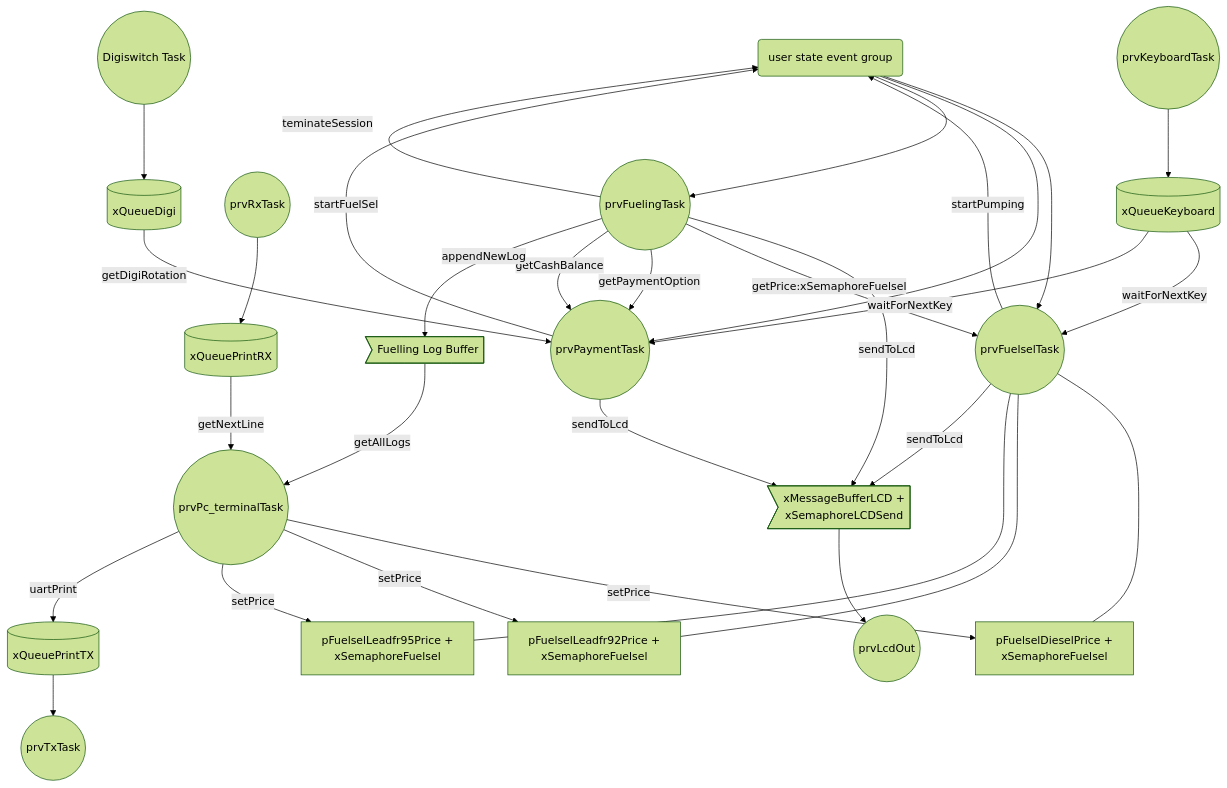
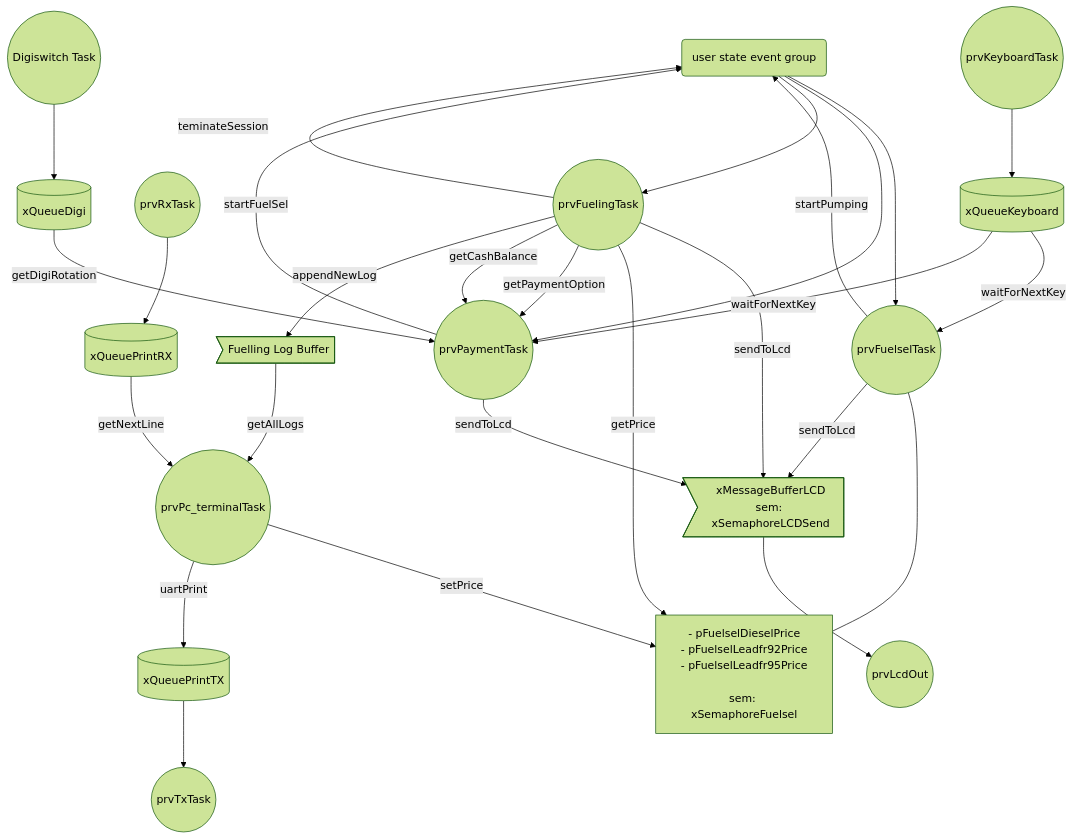
One commit to jjsanda/SDU-embedded-programming changed the diagram in README.md. Above: the diagram before and after it, drawn with Mermaid (forest theme).

````diff
--- a/README.md
+++ b/README.md
@@ -3,67 +3,63 @@
 ```mermaid
 graph TD
 
   gsEG(user state event group)
 
   pay((prvPaymentTask))
   fuelsel((prvFuelselTask))
   fueling((prvFuelingTask))
   lcd((prvLcdOut))
   keyboard((prvKeyboardTask))
   digi((Digiswitch Task))
   uartRX((prvRxTask))
   uartTX((prvTxTask))
   pc((prvPc_terminalTask))
   
   keyQ[(xQueueKeyboard)]
   digiQ[(xQueueDigi)]
   rxQ[(xQueuePrintRX)]
   txQ[(xQueuePrintTX)]
   
-  dieselPrice[pFuelselDieselPrice +<br/>xSemaphoreFuelsel]
-  leadfr92Price[pFuelselLeadfr92Price +<br/>xSemaphoreFuelsel]
-  leadfr95Price[pFuelselLeadfr95Price +<br/>xSemaphoreFuelsel]
+  fuelPrices[- pFuelselDieselPrice<br/>- pFuelselLeadfr92Price<br/>- pFuelselLeadfr95Price<br/> <br/>sem: xSemaphoreFuelsel]
 
-  lcdB>xMessageBufferLCD +<br/>xSemaphoreLCDSend]
+  lcdB>xMessageBufferLCD<br/>sem: xSemaphoreLCDSend]
   logB>Fuelling Log Buffer]
 
 
   keyQ--waitForNextKey-->fuelsel
   gsEG-->fuelsel
-  pc--setPrice-->dieselPrice
-  pc--setPrice-->leadfr92Price
-  pc--setPrice-->leadfr95Price
-  fuelsel---dieselPrice
-  fuelsel---leadfr92Price
-  fuelsel---leadfr95Price
+  pc--setPrice-->fuelPrices
+  fuelsel---fuelPrices
   fuelsel--sendToLcd-->lcdB
   fuelsel--startPumping-->gsEG
   
 
   uartRX-->rxQ
   rxQ--getNextLine-->pc
   pc--uartPrint-->txQ
   logB--getAllLogs-->pc
   txQ-->uartTX
 
   keyboard-->keyQ 
   keyQ--waitForNextKey-->pay
   gsEG-->pay
   digi-->digiQ
   digiQ--getDigiRotation-->pay
   pay--sendToLcd-->lcdB
   pay--startFuelSel-->gsEG
 
 
 
   lcdB-->lcd
 
 
   gsEG-->fueling
   fueling--sendToLcd-->lcdB
-  fueling--getPrice:xSemaphoreFuelsel-->fuelsel
+
+  fueling--getPrice-->fuelPrices
+  
   fueling--getPaymentOption-->pay
   fueling--getCashBalance-->pay
   fueling--teminateSession-->gsEG
   fueling--appendNewLog-->logB
 ```
````
